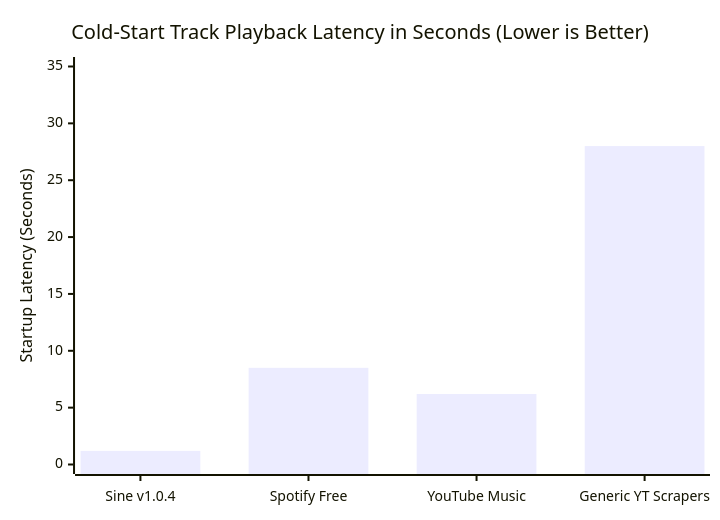
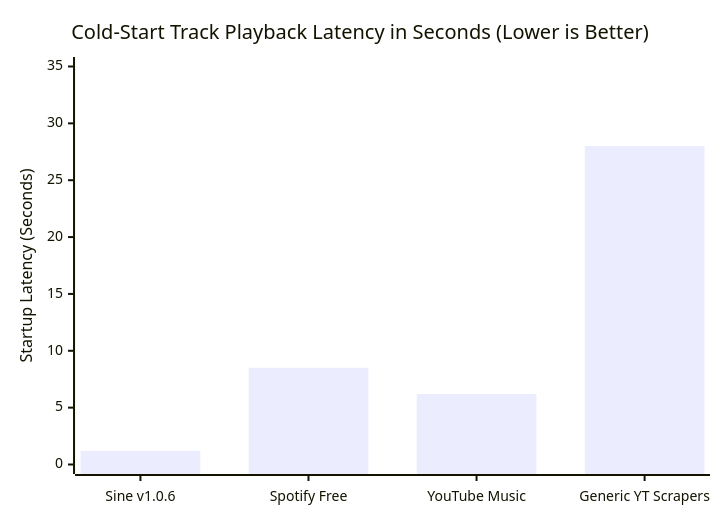
The third of 5 diagrams in README.md (taezeem14/PulsePipe), drawn with Mermaid before and after one commit. The commit also changed other lines of this file and 4 other files, not shown here.

Commit message:
fix(downloads): enforce /storage/emulated/0/Sine-Music root destination, add Android runtime permissions, resolve streams via InnerTube cascade with mobile headers, and update README for v1.0.6

````diff
--- a/README.md
+++ b/README.md
@@ -125,7 +125,7 @@
 ```mermaid
 xychart-beta
     title "Cold-Start Track Playback Latency in Seconds (Lower is Better)"
-    x-axis ["Sine v1.0.4", "Spotify Free", "YouTube Music", "Generic YT Scrapers"]
+    x-axis ["Sine v1.0.6", "Spotify Free", "YouTube Music", "Generic YT Scrapers"]
     y-axis "Startup Latency (Seconds)" 0 --> 35
     bar [1.2, 8.5, 6.2, 28.0]
 ```
````
